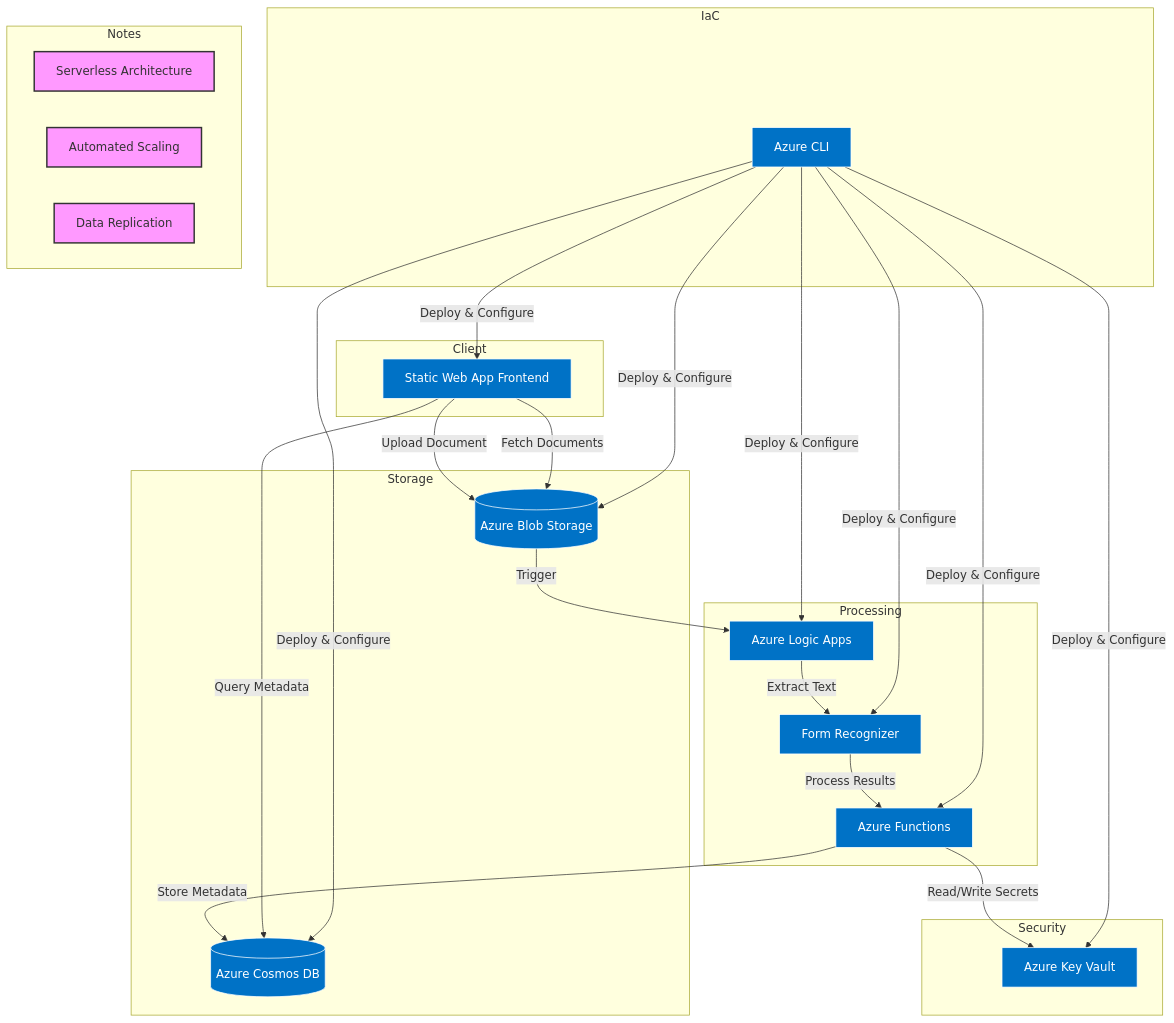
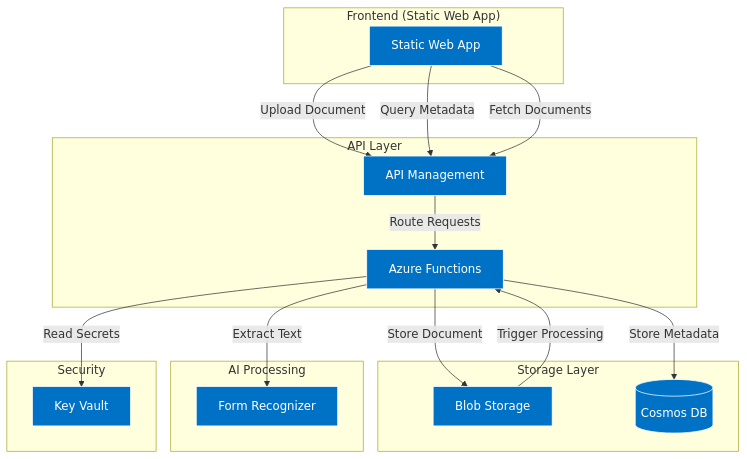
One commit to XaverB/PaperPulse changed the diagram in README.md. Above: the diagram before and after it, drawn with Mermaid. The commit also changed other lines of this file, not shown here.

````diff
--- a/README.md
+++ b/README.md
@@ -10,59 +13,37 @@
 ```mermaid
 flowchart TB
-    subgraph Client
-        UI[Static Web App Frontend]
+    subgraph Frontend["Frontend (Static Web App)"]
+        UI[Static Web App]
     end
 
-    subgraph Security
-        KV[Azure Key Vault]
-    end
-
-    subgraph Storage
-        BS[(Azure Blob Storage)]
-        CDB[(Azure Cosmos DB)]
-    end
-
-    subgraph Processing
-        LA[Azure Logic Apps]
-        FR[Form Recognizer]
+    subgraph API["API Layer"]
+        APIM[API Management]
         FA[Azure Functions]
     end
 
-    subgraph IaC
-        CLI[Azure CLI]
+    subgraph Storage["Storage Layer"]
+        BS[Blob Storage]
+        CDB[(Cosmos DB)]
     end
 
-    %% Flow of data and control
-    UI -->|Upload Document| BS
-    BS -->|Trigger| LA
-    LA -->|Extract Text| FR
-    FR -->|Process Results| FA
+    subgraph AI["AI Processing"]
+        FR[Form Recognizer]
+    end
+
+    subgraph Security["Security"]
+        KV[Key Vault]
+    end
+
+    UI -->|Upload Document| APIM
+    APIM -->|Route Requests| FA
+    FA -->|Store Document| BS
+    BS -->|Trigger Processing| FA
+    FA -->|Extract Text| FR
     FA -->|Store Metadata| CDB
-    FA -->|Read/Write Secrets| KV
-    UI -->|Query Metadata| CDB
-    UI -->|Fetch Documents| BS
+    FA -->|Read Secrets| KV
+    UI -->|Query Metadata| APIM
+    UI -->|Fetch Documents| APIM
 
-    %% Infrastructure provisioning
-    CLI -->|Deploy & Configure| UI
-    CLI -->|Deploy & Configure| BS
-    CLI -->|Deploy & Configure| LA
-    CLI -->|Deploy & Configure| FR
-    CLI -->|Deploy & Configure| FA
-    CLI -->|Deploy & Configure| CDB
-    CLI -->|Deploy & Configure| KV
-
-    %% Styling
     classDef azure fill:#0072C6,color:#fff,stroke:#fff
-    class UI,BS,LA,FR,FA,CDB,KV,CLI azure
-    
-    %% Add notes
-    subgraph Notes
-        note1[Serverless Architecture]
-        note2[Automated Scaling]
-        note3[Data Replication]
-    end
-    
-    style note1 fill:#f9f,stroke:#333,stroke-width:2px
-    style note2 fill:#f9f,stroke:#333,stroke-width:2px
-    style note3 fill:#f9f,stroke:#333,stroke-width:2px
+    class UI,APIM,FA,BS,CDB,FR,KV azure
 ```
````
